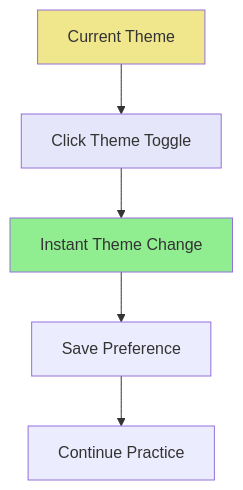
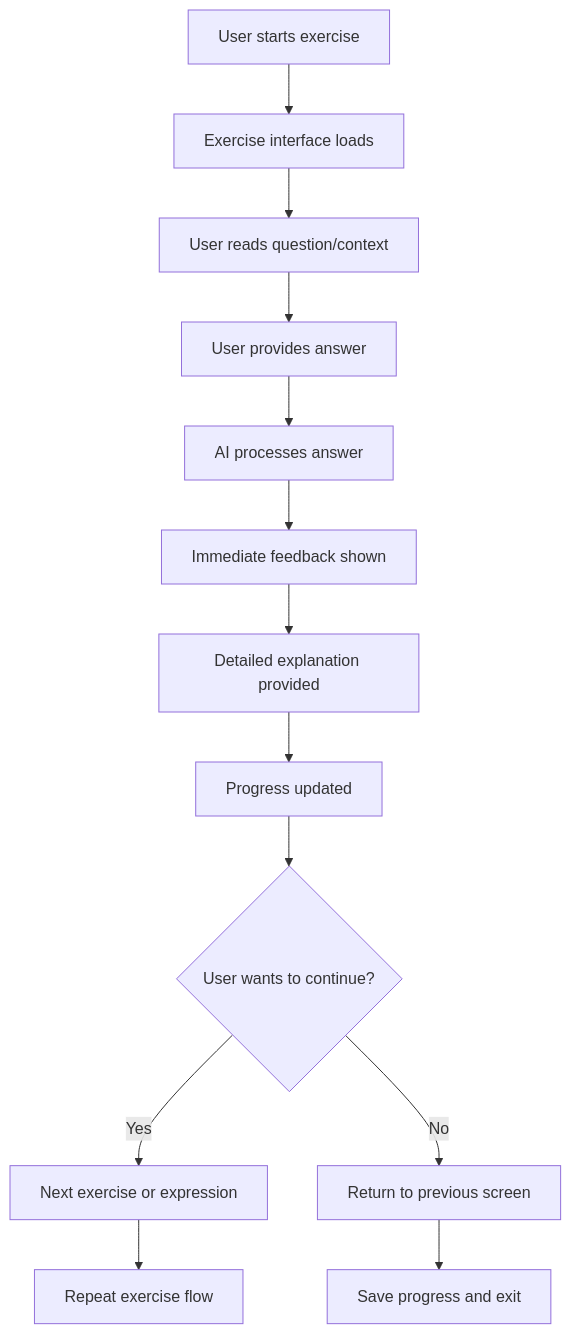
One commit to santistebanc/phraser changed the fourth of 4 diagrams in docs/front-end-spec.md. Above: the diagram before and after it, drawn with Mermaid. The commit also changed other lines of this file and 9 other files, not shown here.

````diff
--- a/docs/front-end-spec.md
+++ b/docs/front-end-spec.md
@@ -168,11 +157,15 @@
 ```mermaid
 graph TD
-    A[Current Theme] --> B[Click Theme Toggle]
-    B --> C[Instant Theme Change]
-    C --> D[Save Preference]
-    D --> E[Continue Practice]
-    
-    style A fill:#F0E68C
-    style B fill:#E6E6FA
-    style C fill:#90EE90
+    A[User starts exercise] --> B[Exercise interface loads]
+    B --> C[User reads question/context]
+    C --> D[User provides answer]
+    D --> E[AI processes answer]
+    E --> F[Immediate feedback shown]
+    F --> G[Detailed explanation provided]
+    G --> H[Progress updated]
+    H --> I{User wants to continue?}
+    I -->|Yes| J[Next exercise or expression]
+    I -->|No| K[Return to previous screen]
+    J --> L[Repeat exercise flow]
+    K --> M[Save progress and exit]
 ```
````
